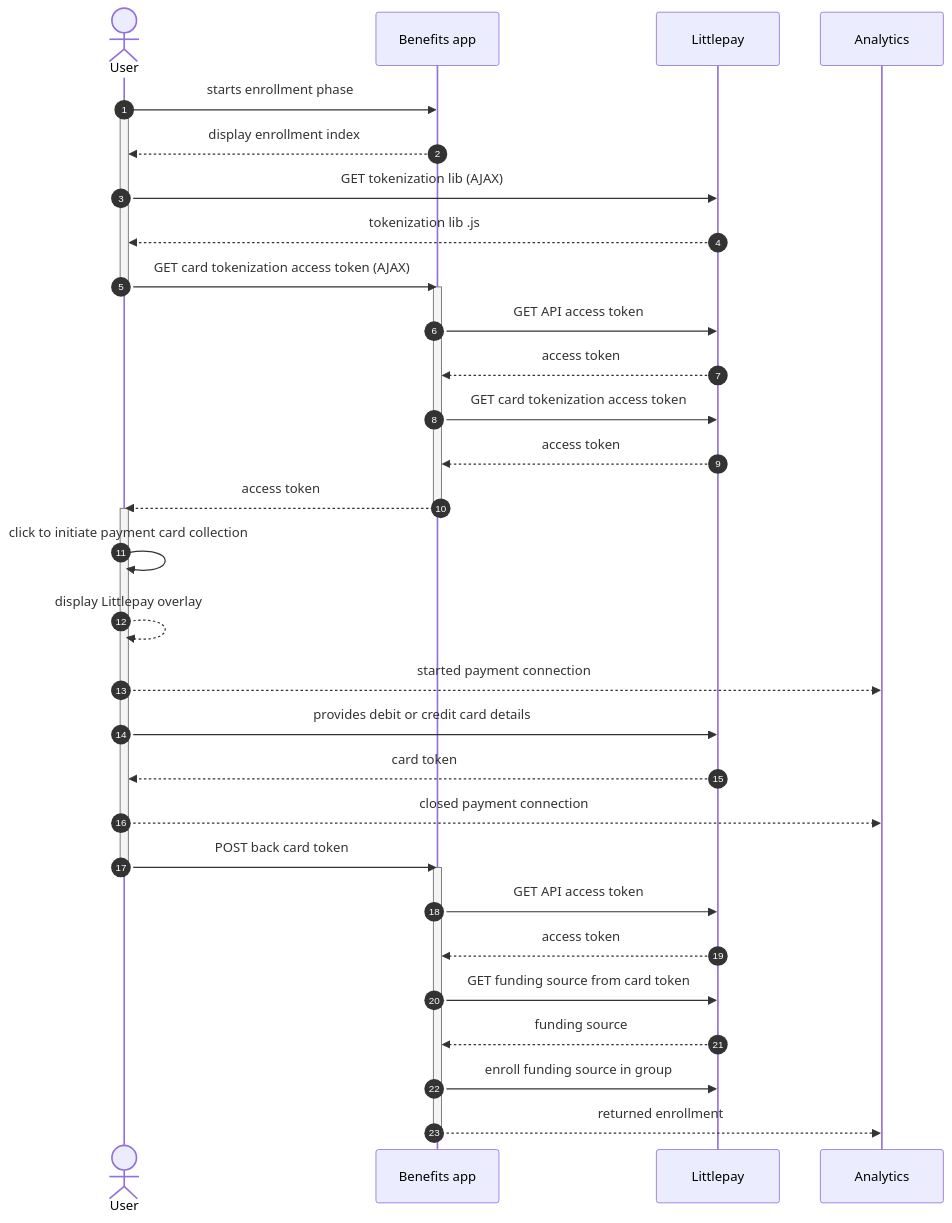
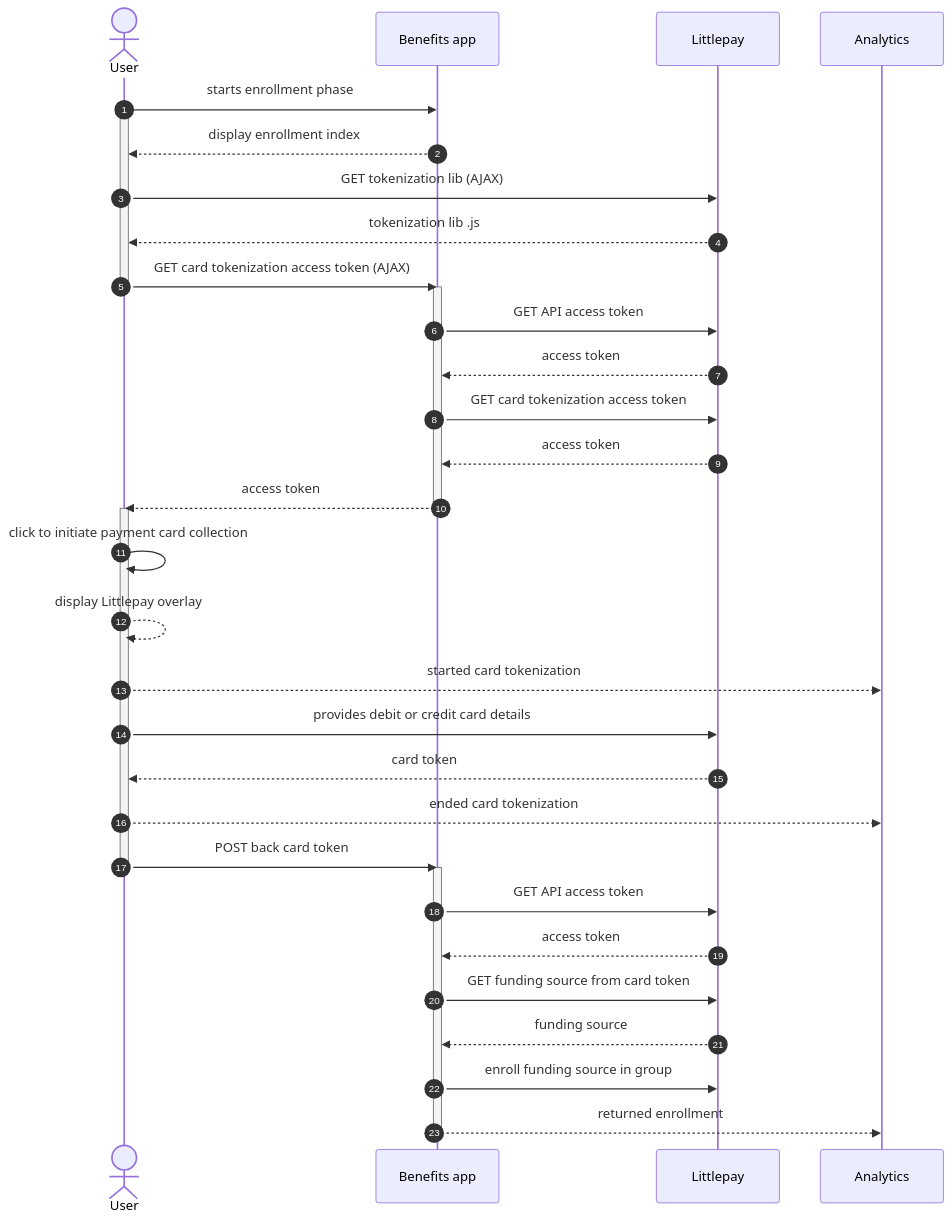
Before and after one commit to cal-itp/benefits: the sixth of 6 diagrams in docs/development/application-logic.md, drawn with Mermaid. The commit also changed 1 other file, not shown here.

Commit message:
refactor(docs): rename the analytics enrollment events

````diff
--- a/docs/development/application-logic.md
+++ b/docs/development/application-logic.md
@@ -248,41 +248,41 @@
 ```mermaid
 sequenceDiagram
 autonumber
 %% Enrollment phase
     actor user as User
     participant benefits as Benefits app
     participant littlepay as Littlepay
     participant analytics as Analytics
 
 user->>benefits: starts enrollment phase
     activate user
 benefits-->>user: display enrollment index
 user->>littlepay: GET tokenization lib (AJAX)
 littlepay-->>user: tokenization lib .js
 user->>benefits: GET card tokenization access token (AJAX)
     deactivate user
     activate benefits
 benefits->>littlepay: GET API access token
 littlepay-->>benefits: access token
 benefits->>littlepay: GET card tokenization access token
 littlepay-->>benefits: access token
 benefits-->>user: access token
     deactivate benefits
     activate user
 user->>user: click to initiate payment card collection
 user-->>user: display Littlepay overlay
-user-->>analytics: started payment connection
+user-->>analytics: started card tokenization
 user->>littlepay: provides debit or credit card details
 littlepay-->>user: card token
-user-->>analytics: closed payment connection
+user-->>analytics: ended card tokenization
 user->>benefits: POST back card token
     deactivate user
     activate benefits
 benefits->>littlepay: GET API access token
 littlepay-->>benefits: access token
 benefits->>littlepay: GET funding source from card token
 littlepay-->>benefits: funding source
 benefits->>littlepay: enroll funding source in group
 benefits-->>analytics: returned enrollment
     deactivate benefits
 ```
````
